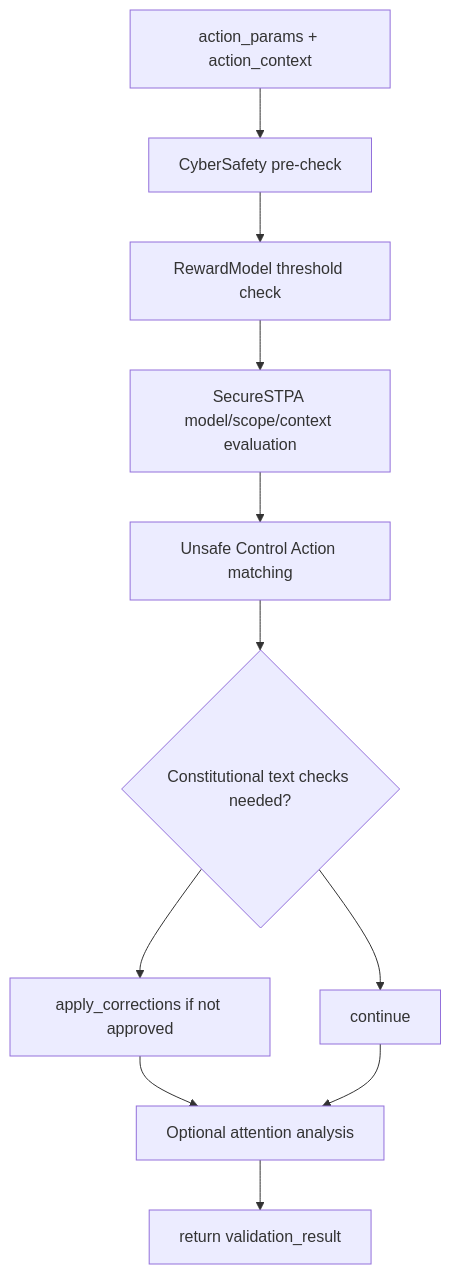
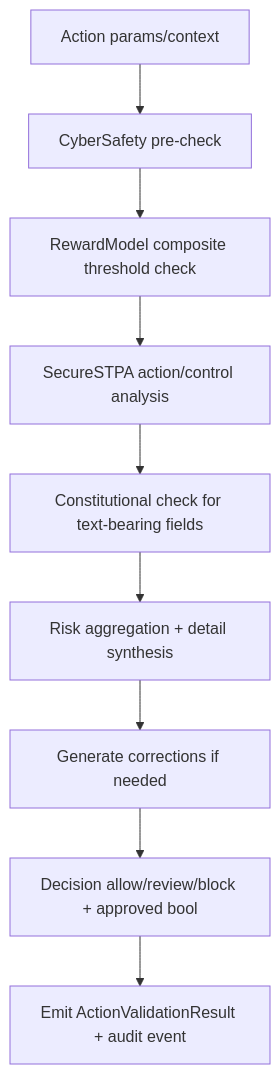
One commit to The-Outsider-97/SLAI changed the third of 3 diagrams in src/agents/safety/README.md. Above: the diagram before and after it, drawn with Mermaid. The commit also changed other lines of this file, not shown here.

````diff
--- a/src/agents/safety/README.md
+++ b/src/agents/safety/README.md
@@ -98,13 +112,11 @@
 ```mermaid
 flowchart TD
-    A[action_params + action_context] --> B[CyberSafety pre-check]
-    B --> C[RewardModel threshold check]
-    C --> D[SecureSTPA model/scope/context evaluation]
-    D --> E[Unsafe Control Action matching]
-    E --> F{Constitutional text checks needed?}
-    F --> G[apply_corrections if not approved]
-    F --> H[continue]
-    G --> I[Optional attention analysis]
-    H --> I
-    I --> J[return validation_result]
+    A[Action params/context] --> B[CyberSafety pre-check]
+    B --> C[RewardModel composite threshold check]
+    C --> D[SecureSTPA action/control analysis]
+    D --> E[Constitutional check for text-bearing fields]
+    E --> F[Risk aggregation + detail synthesis]
+    F --> G[Generate corrections if needed]
+    G --> H[Decision allow/review/block + approved bool]
+    H --> I[Emit ActionValidationResult + audit event]
 ```
````
